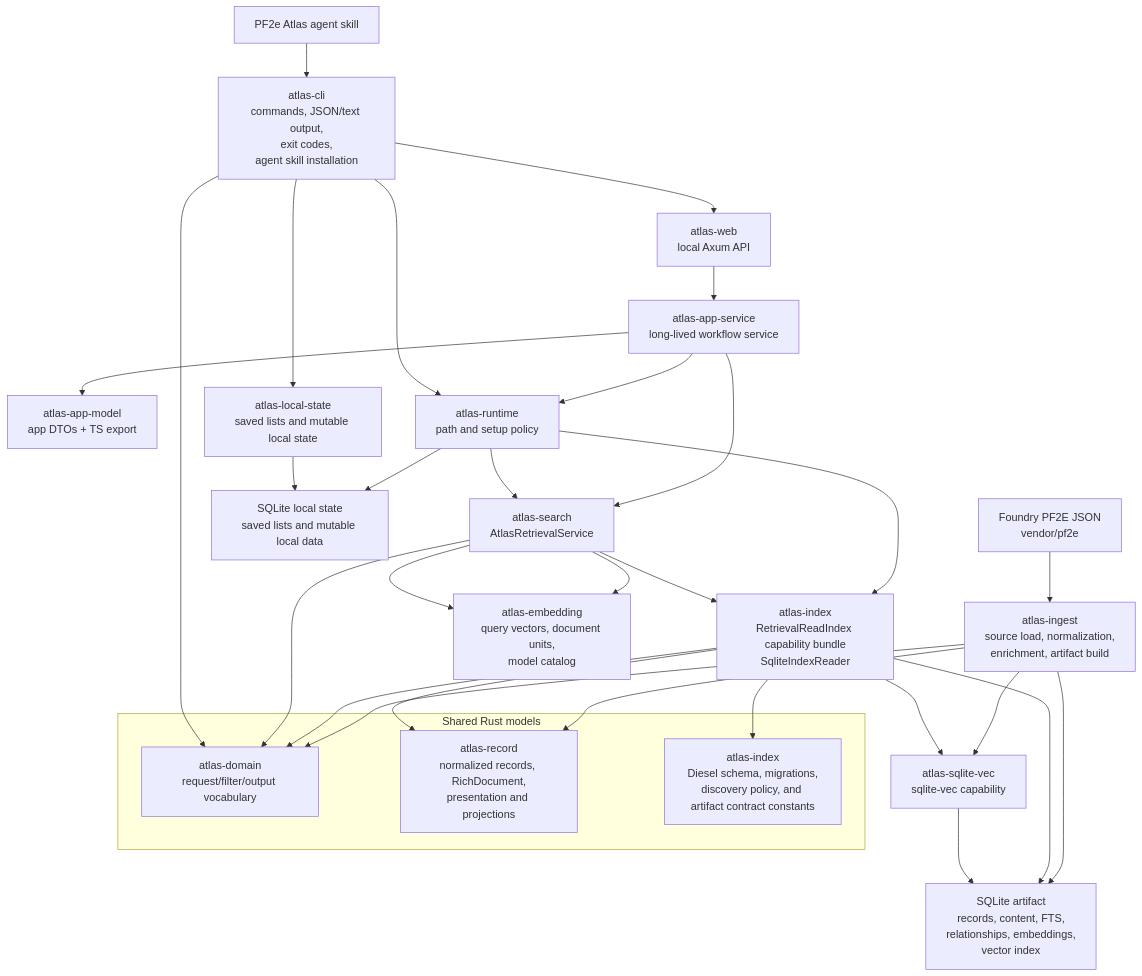
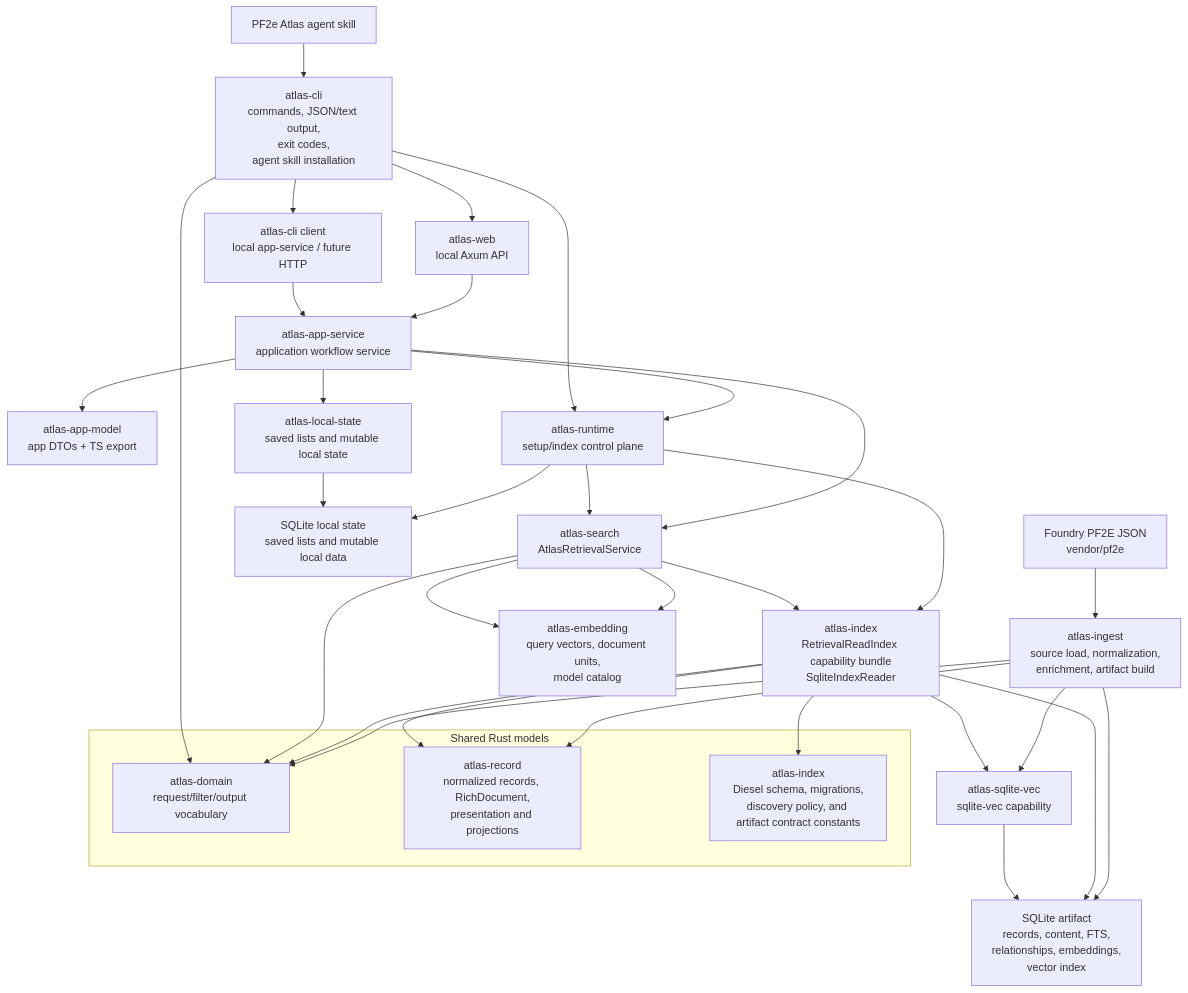
The first of 4 diagrams in docs/architecture/runtime.md (e-kosten/pf2e-atlas), drawn with Mermaid before and after one commit. The commit also changed other lines of this file and 19 other files, not shown here.

Commit message:
refactor: route CLI product reads through app service

````diff
--- a/docs/architecture/runtime.md
+++ b/docs/architecture/runtime.md
@@ -9,41 +9,43 @@
 ```mermaid
 flowchart TD
     source["Foundry PF2E JSON<br/>vendor/pf2e"] --> ingest["atlas-ingest<br/>source load, normalization,<br/>enrichment, artifact build"]
     ingest --> artifact["SQLite artifact<br/>records, content, FTS,<br/>relationships, embeddings,<br/>vector index"]
     localStateDb["SQLite local state<br/>saved lists and mutable local data"]
 
     skill["PF2e Atlas agent skill"] --> cli["atlas-cli<br/>commands, JSON/text output,<br/>exit codes,<br/>agent skill installation"]
     cli --> web["atlas-web<br/>local Axum API"]
-    web --> appService["atlas-app-service<br/>long-lived workflow service"]
+    web --> appService["atlas-app-service<br/>application workflow service"]
     appService --> appModel["atlas-app-model<br/>app DTOs + TS export"]
     appService --> runtime
     appService --> search
-    cli --> runtime["atlas-runtime<br/>path and setup policy"]
-    cli --> localState["atlas-local-state<br/>saved lists and mutable local state"]
+    appService --> localState["atlas-local-state<br/>saved lists and mutable local state"]
+    cli --> cliClient["atlas-cli client<br/>local app-service / future HTTP"]
+    cliClient --> appService
+    cli --> runtime["atlas-runtime<br/>setup/index control plane"]
     runtime --> search["atlas-search<br/>AtlasRetrievalService"]
     runtime --> index["atlas-index<br/>RetrievalReadIndex capability bundle<br/>SqliteIndexReader"]
     runtime --> localStateDb
     localState --> localStateDb
 
     search --> index
     search --> embedding["atlas-embedding<br/>query vectors, document units,<br/>model catalog"]
     index --> artifact
     ingest --> sqliteVec["atlas-sqlite-vec<br/>sqlite-vec capability"]
     index --> sqliteVec
     sqliteVec --> artifact
 
     subgraph SharedRustModels["Shared Rust models"]
       domain["atlas-domain<br/>request/filter/output vocabulary"]
       record["atlas-record<br/>normalized records, RichDocument,<br/>presentation and projections"]
       artifactSchema["atlas-index<br/>Diesel schema, migrations,<br/>discovery policy, and artifact contract constants"]
     end
 
     ingest --> domain
     ingest --> record
     index --> domain
     index --> record
     index --> artifactSchema
     search --> domain
     search --> embedding
     cli --> domain
 ```
````
